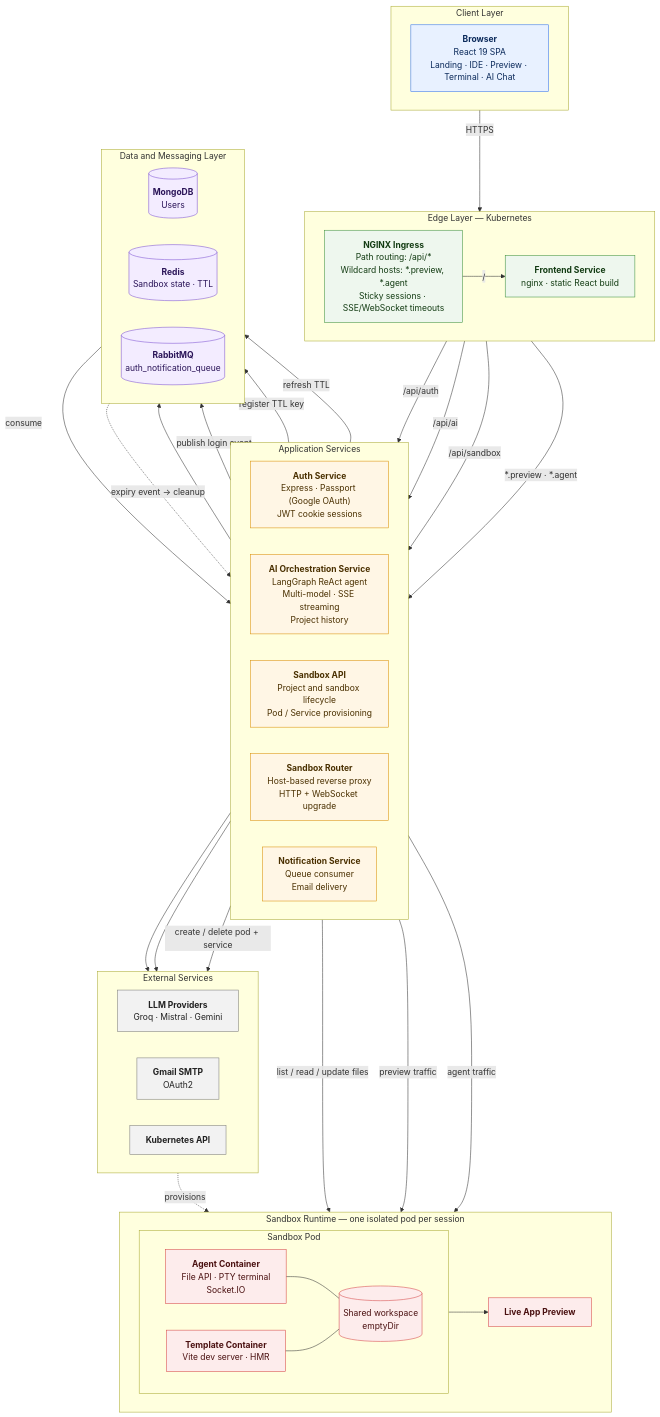
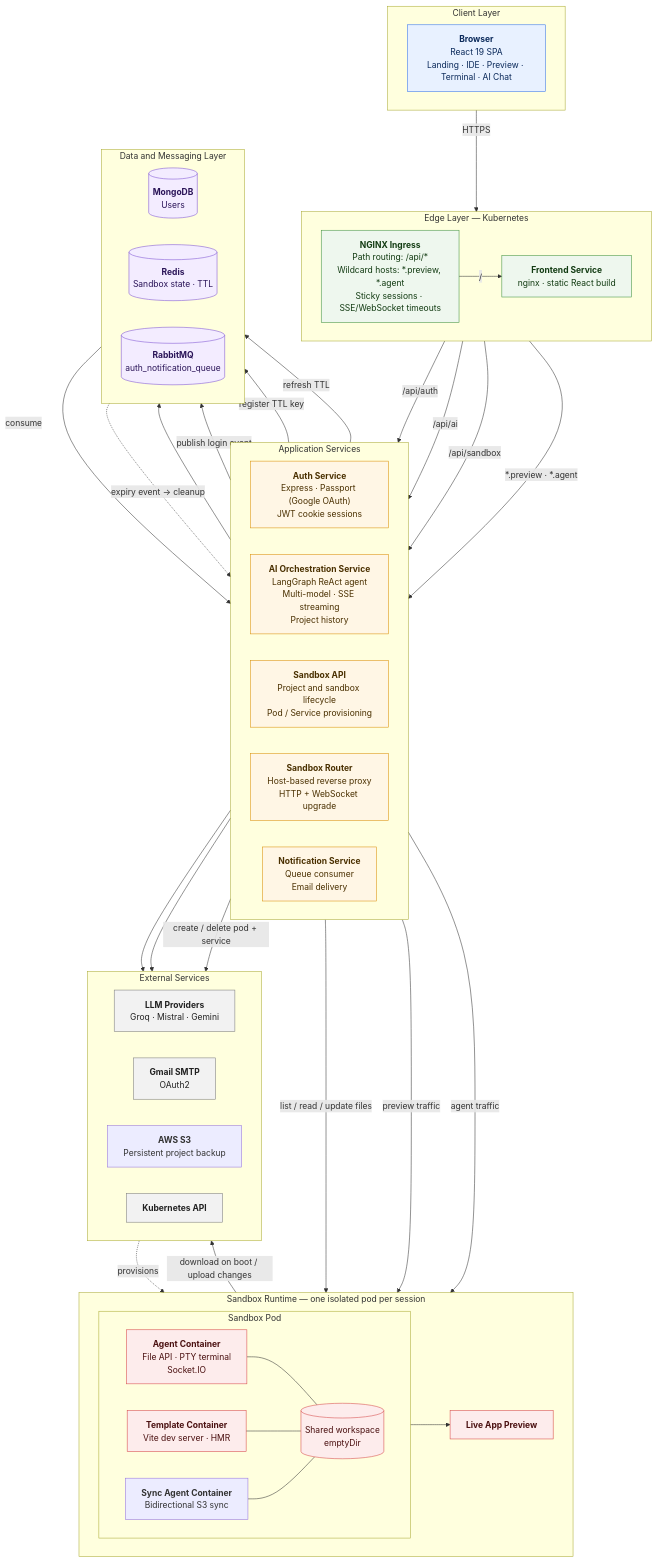
One commit to Abhishek-Kr-Saw/SyncSpace changed the first of 3 diagrams in README.md. Above: the diagram before and after it, drawn with Mermaid. The commit also changed other lines of this file and 5 other files, not shown here.

```diff
--- a/README.md
+++ b/README.md
@@ -109,6 +112,7 @@
             direction LR
             AGENT["<b>Agent Container</b><br/>File API · PTY terminal<br/>Socket.IO"]
             VITE["<b>Template Container</b><br/>Vite dev server · HMR"]
+            SYNC["<b>Sync Agent Container</b><br/>Bidirectional S3 sync"]
             VOL[("Shared workspace<br/>emptyDir")]
         end
         PREVIEW["<b>Live App Preview</b>"]
@@ -118,6 +122,7 @@
         direction LR
         LLM["<b>LLM Providers</b><br/>Groq · Mistral · Gemini"]
         MAIL["<b>Gmail SMTP</b><br/>OAuth2"]
+        S3["<b>AWS S3</b><br/>Persistent project backup"]
         K8S["<b>Kubernetes API</b>"]
     end
 
@@ -143,8 +148,10 @@
     K8S -.->|"provisions"| POD
     ROUTER -->|"preview traffic"| VITE
     ROUTER -->|"agent traffic"| AGENT
+    SYNC -->|"download on boot / upload changes"| S3
     AGENT --- VOL
     VITE --- VOL
+    SYNC --- VOL
     VITE --> PREVIEW
 
     classDef client fill:#E8F1FF,stroke:#2F6FED,color:#0B2A5B
```
